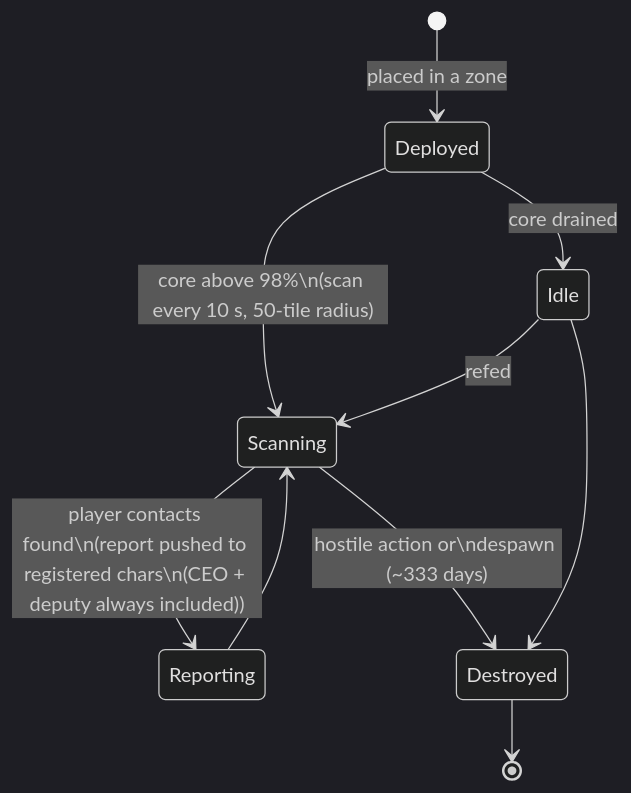
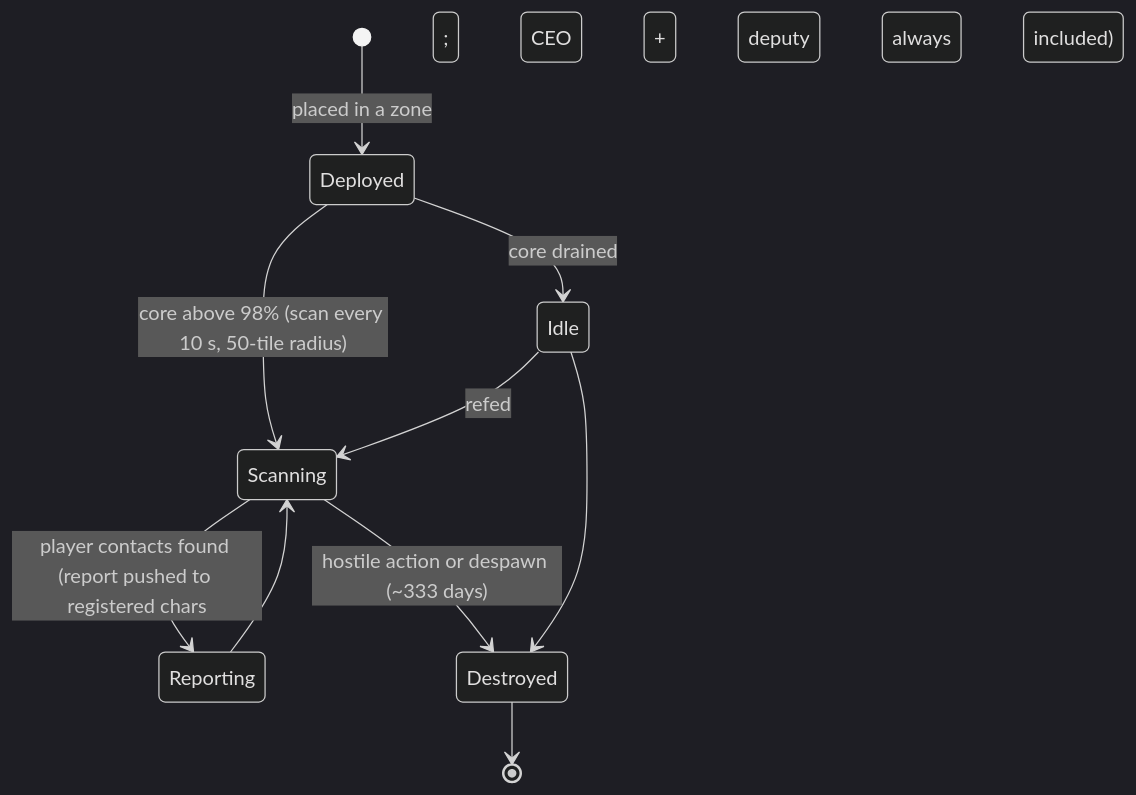
One commit to OpenPerpetuum/Wiki changed the diagram in content/features/probes.md. Above: the diagram before and after it, drawn with Mermaid (dark theme). The commit also changed 6 other files, not shown here.

First line of the commit message:
Fixes: mermaid state-diagram labels (broken parse + silent \n)

````diff
--- a/content/features/probes.md
+++ b/content/features/probes.md
@@ -23,12 +23,12 @@
 ```mermaid
 stateDiagram-v2
     [*] --> Deployed: placed in a zone
-    Deployed --> Scanning: core above 98%\n(scan every 10 s, 50-tile radius)
+    Deployed --> Scanning: core above 98% (scan every 10 s, 50-tile radius)
     Deployed --> Idle: core drained
     Idle --> Scanning: refed
-    Scanning --> Reporting: player contacts found\n(report pushed to registered chars\n(CEO + deputy always included))
+    Scanning --> Reporting: player contacts found (report pushed to registered chars; CEO + deputy always included)
     Reporting --> Scanning
-    Scanning --> Destroyed: hostile action or\ndespawn (~333 days)
+    Scanning --> Destroyed: hostile action or despawn (~333 days)
     Idle --> Destroyed
     Destroyed --> [*]
 ```
````
